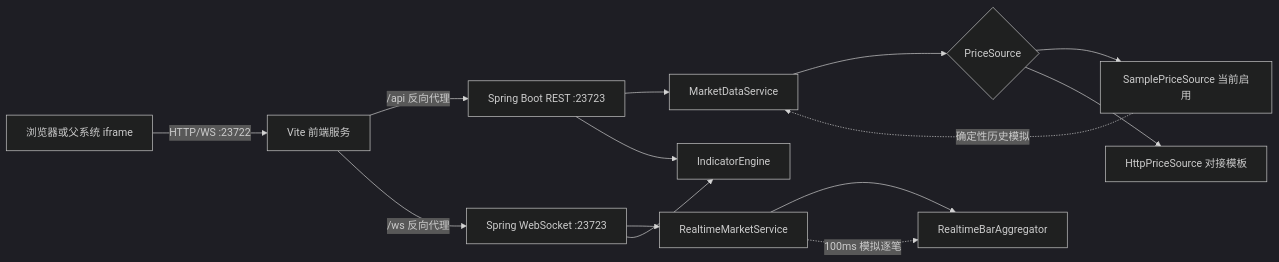
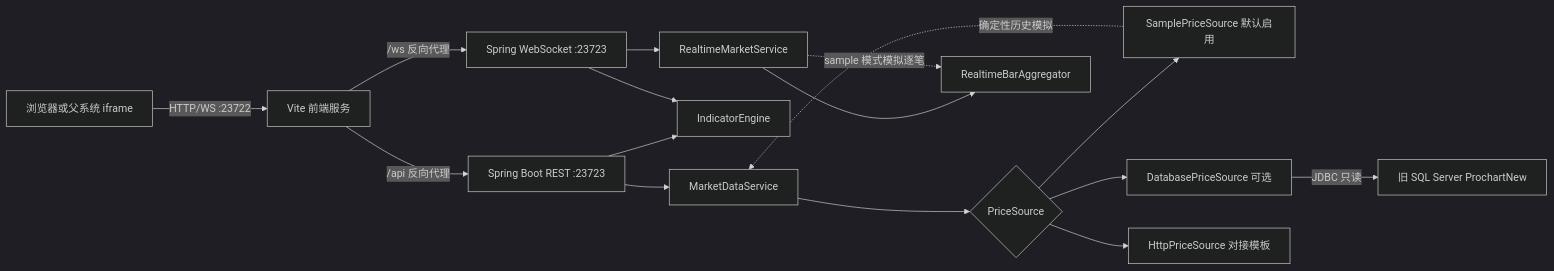
The first of 3 diagrams in TECH.md (lychee22/new_FX_Chart), drawn with Mermaid (dark theme) before and after one commit. The commit also changed other lines of this file and 50 other files, not shown here.

````diff
--- a/TECH.md
+++ b/TECH.md
@@ -63,16 +65,18 @@
 ```mermaid
 flowchart LR
     U["浏览器或父系统 iframe"] -->|"HTTP/WS :23722"| V["Vite 前端服务"]
     V -->|"/api 反向代理"| R["Spring Boot REST :23723"]
     V -->|"/ws 反向代理"| W["Spring WebSocket :23723"]
     R --> M["MarketDataService"]
     R --> I["IndicatorEngine"]
     M --> P{"PriceSource"}
-    P --> S["SamplePriceSource 当前启用"]
+    P --> S["SamplePriceSource 默认启用"]
+    P --> D["DatabasePriceSource 可选"]
     P --> H["HttpPriceSource 对接模板"]
     W --> RT["RealtimeMarketService"]
     RT --> A["RealtimeBarAggregator"]
     W --> I
     S -.->|"确定性历史模拟"| M
-    RT -.->|"100ms 模拟逐笔"| A
+    D -->|"JDBC 只读"| DB["旧 SQL Server ProchartNew"]
+    RT -.->|"sample 模式模拟逐笔"| A
 ```
````
